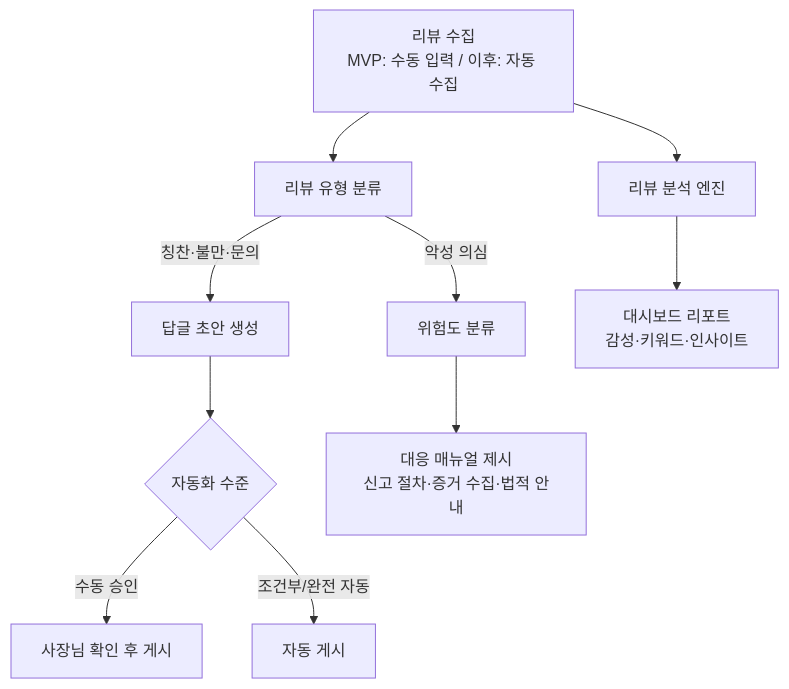
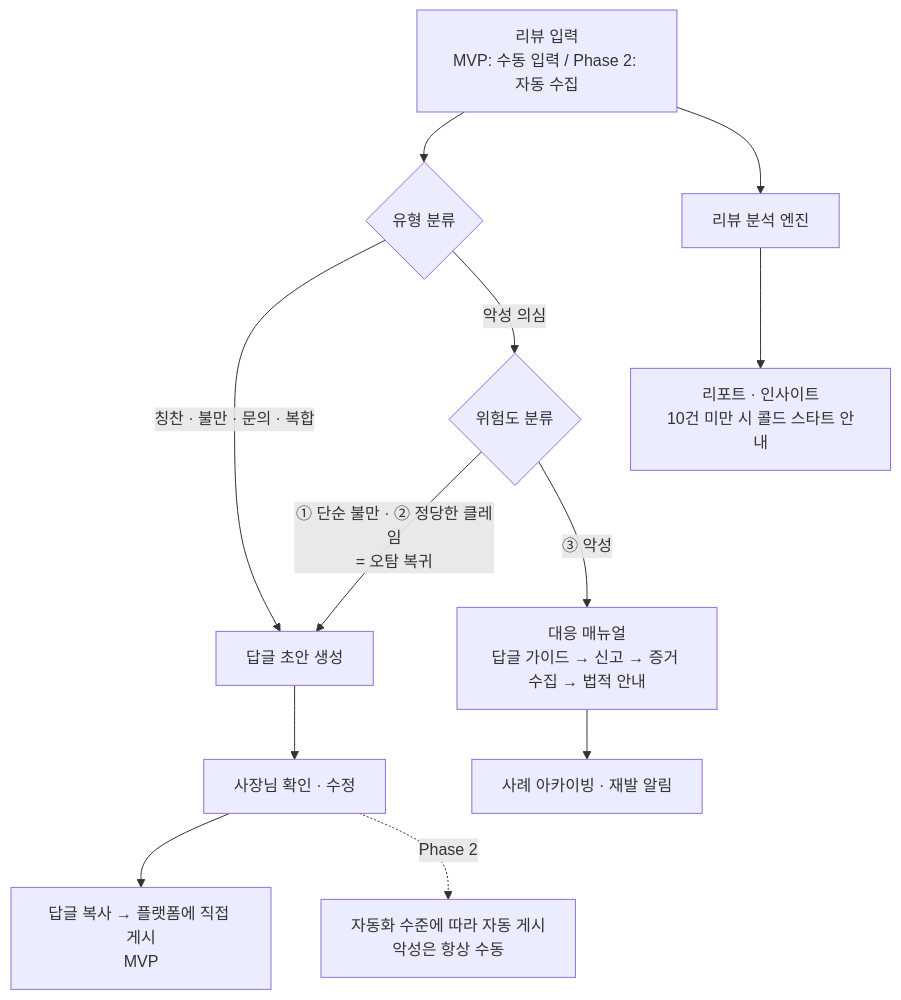
The second of 2 diagrams in docs/기획서.md (Mureung1/hub-showcase), drawn with Mermaid before and after one commit. The commit also changed other lines of this file and 3 other files, not shown here.

````diff
--- a/docs/기획서.md
+++ b/docs/기획서.md
@@ -69,12 +288,14 @@
 ```mermaid
 flowchart TD
-    A[리뷰 수집<br/>MVP: 수동 입력 / 이후: 자동 수집] --> B[리뷰 유형 분류]
-    B -->|칭찬·불만·문의| C[답글 초안 생성]
-    B -->|악성 의심| D[위험도 분류]
-    C --> E{자동화 수준}
-    E -->|수동 승인| F[사장님 확인 후 게시]
-    E -->|조건부/완전 자동| G[자동 게시]
-    D --> H[대응 매뉴얼 제시<br/>신고 절차·증거 수집·법적 안내]
+    A[리뷰 입력<br/>MVP: 수동 입력 / Phase 2: 자동 수집] --> B{유형 분류}
+    B -->|칭찬 · 불만 · 문의 · 복합| C[답글 초안 생성]
+    B -->|악성 의심| D{위험도 분류}
+    D -->|① 단순 불만 · ② 정당한 클레임<br/>= 오탐 복귀| C
+    D -->|③ 악성| H[대응 매뉴얼<br/>답글 가이드 → 신고 → 증거 수집 → 법적 안내]
+    C --> E[사장님 확인 · 수정]
+    E --> F[답글 복사 → 플랫폼에 직접 게시<br/>MVP]
+    E -.->|Phase 2| G[자동화 수준에 따라 자동 게시<br/>악성은 항상 수동]
+    H --> K[사례 아카이빙 · 재발 알림]
     A --> I[리뷰 분석 엔진]
-    I --> J[대시보드 리포트<br/>감성·키워드·인사이트]
+    I --> J[리포트 · 인사이트<br/>10건 미만 시 콜드 스타트 안내]
 ```
````
